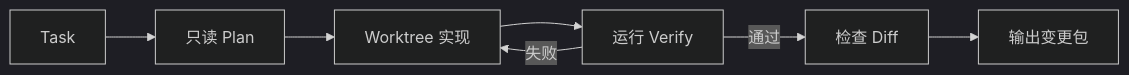
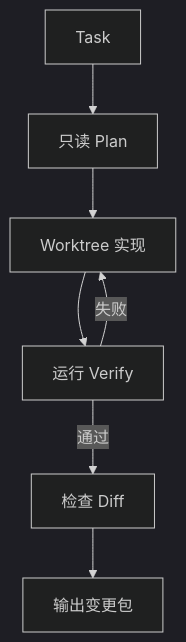
The second of 5 diagrams in source/source/_posts/ailearn/aisdlc/08.md (qiubohong/qiubohong.github.io), drawn with Mermaid (dark theme) before and after one commit. The commit also changed other lines of this file and 2 other files, not shown here.

First line of the commit message:
docs: 优化多篇文档格式与图表布局

````diff
--- a/source/source/_posts/ailearn/aisdlc/08.md
+++ b/source/source/_posts/ailearn/aisdlc/08.md
@@ -317,9 +316,9 @@
 ```mermaid
-flowchart LR
+flowchart TB
     T["Task"] --> P["只读 Plan"]
     P --> W["Worktree 实现"]
     W --> V["运行 Verify"]
     V -->|失败| W
     V -->|通过| D["检查 Diff"]
     D --> O["输出变更包"]
 ```
````
